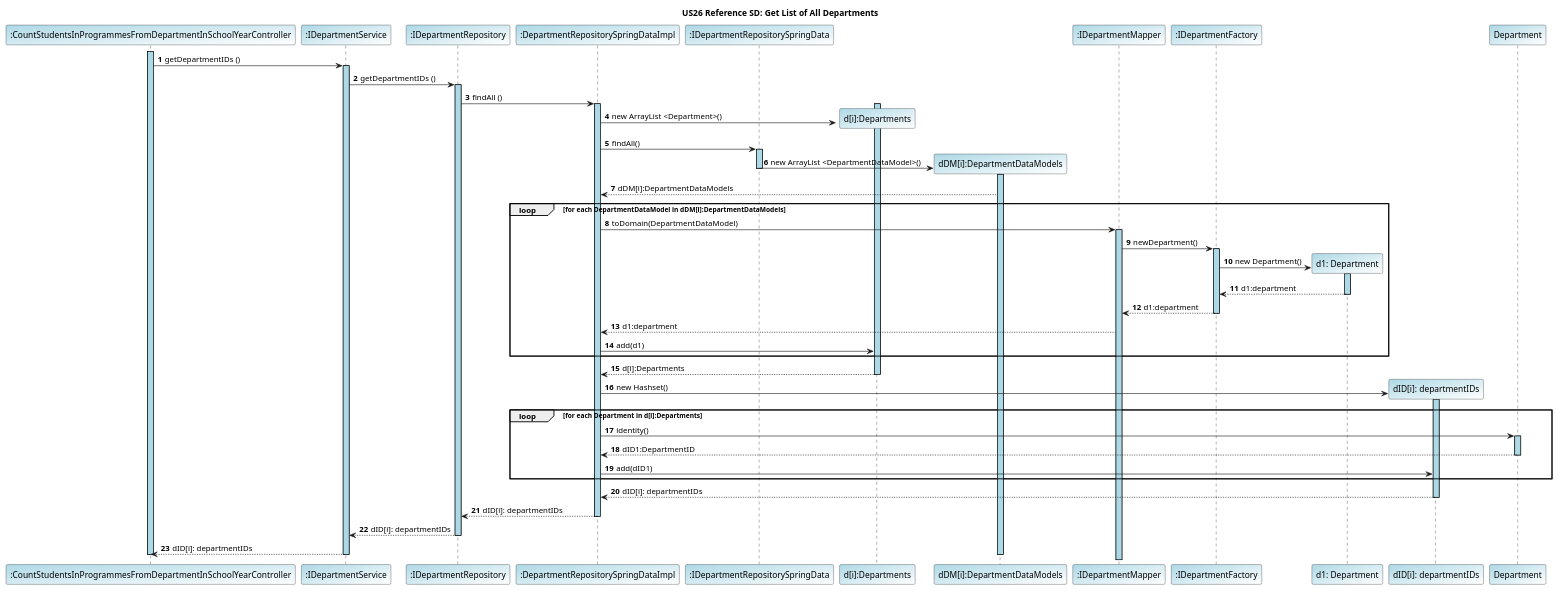
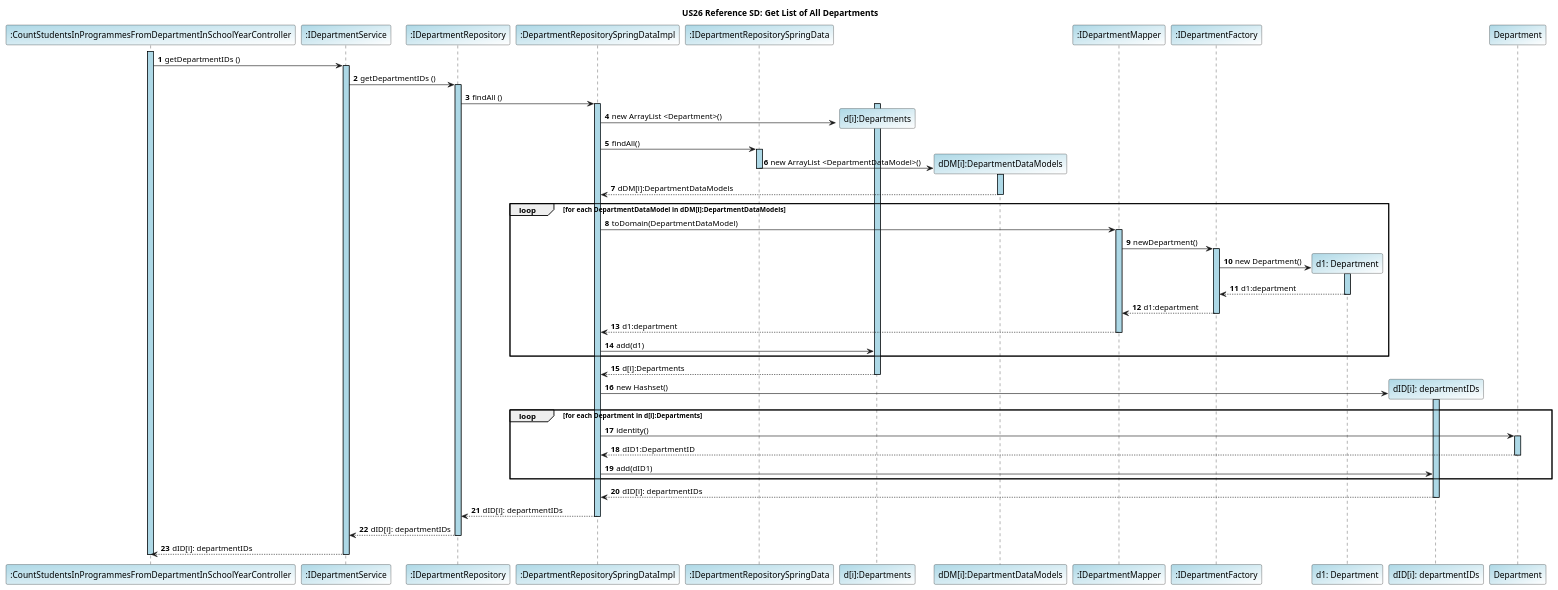
The diagram in docs/US26/JPA_SpringData_Diagrams/US26_Ref_GetListOfAllDepartments.puml (GasparISEP/DevOps-PAI), drawn with PlantUML before and after one commit. The commit also changed 1 other file, not shown here.

Commit message:
Created a Reference SD specifically for getting all SchoolYearIDs to functionality CountStudentsInProgrammesFromDepartmentInGivenSchoolYear - refs #393 closes #289

```diff
--- a/docs/US26/JPA_SpringData_Diagrams/US26_Ref_GetListOfAllDepartments.puml
+++ b/docs/US26/JPA_SpringData_Diagrams/US26_Ref_GetListOfAllDepartments.puml
@@ -1,78 +1,80 @@
 @startuml
 
  title US26 Reference SD: Get List of All Departments
  autonumber
  skinparam sequence {
     LifelineBorderColor Black
     LifelineBackgroundColor LightBlue
   }
 
  participant ":CountStudentsInProgrammesFromDepartmentInSchoolYearController" as Controller #LightBlue/White
  participant ":IDepartmentService" as IDepartmentService #LightBlue/White
  participant ":IDepartmentRepository" as IDepartmentRepository #LightBlue/White
  participant ":DepartmentRepositorySpringDataImpl" as DepartmentRepositorySpringDataImpl #LightBlue/White
 participant ":IDepartmentRepositorySpringData" as IDepartmentRepositorySpringData #LightBlue/White
 
  activate Controller
  Controller -> IDepartmentService: getDepartmentIDs ()
  activate IDepartmentService
  IDepartmentService -> IDepartmentRepository: getDepartmentIDs ()
  activate IDepartmentRepository
  IDepartmentRepository -> DepartmentRepositorySpringDataImpl: findAll ()
  activate DepartmentRepositorySpringDataImpl
  create "d[i]:Departments" #LightBlue/White
  activate "d[i]:Departments"
  DepartmentRepositorySpringDataImpl ->  "d[i]:Departments"** : new ArrayList <Department>()
  DepartmentRepositorySpringDataImpl -> IDepartmentRepositorySpringData: findAll()
  activate IDepartmentRepositorySpringData
  create "dDM[i]:DepartmentDataModels" #LightBlue/White
  IDepartmentRepositorySpringData ->  "dDM[i]:DepartmentDataModels"** : new ArrayList <DepartmentDataModel>()
  deactivate IDepartmentRepositorySpringData
   activate "dDM[i]:DepartmentDataModels"
   "dDM[i]:DepartmentDataModels" --> DepartmentRepositorySpringDataImpl: dDM[i]:DepartmentDataModels
+  deactivate "dDM[i]:DepartmentDataModels"
  loop for each DepartmentDataModel in dDM[i]:DepartmentDataModels
  participant ":IDepartmentMapper" as IDepartmentMapper #LightBlue/White
 
 
  DepartmentRepositorySpringDataImpl -> IDepartmentMapper: toDomain(DepartmentDataModel)
  activate IDepartmentMapper
  participant ":IDepartmentFactory" as IDepartmentFactory #LightBlue/White
  IDepartmentMapper -> IDepartmentFactory: newDepartment()
  activate IDepartmentFactory
  create "d1: Department" #LightBlue/White
  IDepartmentFactory ->  "d1: Department"** : new Department()
 activate "d1: Department"
 "d1: Department" --> IDepartmentFactory: d1:department
  deactivate "d1: Department"
  IDepartmentFactory --> IDepartmentMapper: d1:department
  deactivate IDepartmentFactory
  IDepartmentMapper --> DepartmentRepositorySpringDataImpl: d1:department
+ deactivate IDepartmentMapper
  DepartmentRepositorySpringDataImpl -> "d[i]:Departments": add(d1)
  end
  "d[i]:Departments" --> DepartmentRepositorySpringDataImpl: d[i]:Departments
  deactivate "d[i]:Departments"
 
 create "dID[i]: departmentIDs" #LightBlue/White
 DepartmentRepositorySpringDataImpl ->  "dID[i]: departmentIDs"** : new Hashset()
 activate "dID[i]: departmentIDs"
 loop for each Department in d[i]:Departments
 participant "Department" as Department #LightBlue/White
 DepartmentRepositorySpringDataImpl -> Department: identity()
 activate Department
 Department --> DepartmentRepositorySpringDataImpl: dID1:DepartmentID
 deactivate Department
 DepartmentRepositorySpringDataImpl -> "dID[i]: departmentIDs":add(dID1)
 end
 "dID[i]: departmentIDs" -->DepartmentRepositorySpringDataImpl: dID[i]: departmentIDs
 deactivate "dID[i]: departmentIDs"
 DepartmentRepositorySpringDataImpl --> IDepartmentRepository: dID[i]: departmentIDs
  deactivate DepartmentRepositorySpringDataImpl
 IDepartmentRepository --> IDepartmentService: dID[i]: departmentIDs
 deactivate IDepartmentRepository
 IDepartmentService --> Controller: dID[i]: departmentIDs
- deactivate "dDM[i]:DepartmentDataModels"
+
 
 
  deactivate IDepartmentService
  deactivate Controller
  @enduml
```
